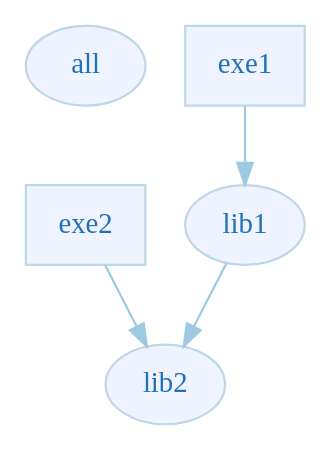
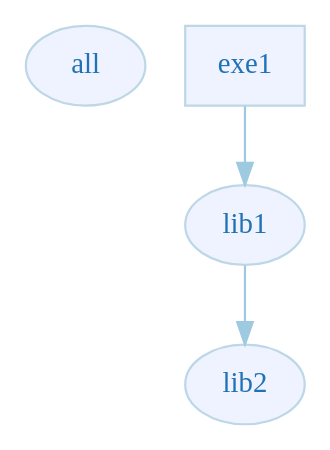
The diagram in exe1-uses.dot (claremacrae/project_dependencies_viz), drawn with Graphviz before and after one commit. The commit also changed 7 other files, not shown here.

```diff
--- a/exe1-uses.dot
+++ b/exe1-uses.dot
@@ -1,32 +1,30 @@
 digraph G {
     fontname="sans-serif";
     penwidth="0.1";
     edge [comment="Wildcard edge", 
           fontname="sans-serif", 
           fontsize=10, 
           colorscheme="blues3", 
           color=2, 
           fontcolor=3];
     node [fontname="serif", 
           fontsize=13, 
           fillcolor="1", 
           colorscheme="blues4", 
           color="2", 
           fontcolor="4", 
           style="filled"];
     subgraph "contents" {
         rankdir="LR";
         style="solid";
         margin="0.5";
         edge [comment="subgraph edge wildcard"];
         node [comment="subgraph node wildcard"];
         "all" [URL="all.svg"];
     }
     "lib1" [URL="lib1-uses.svg"];
     "lib2" [URL="lib2-uses.svg"];
     "lib1" -> "lib2";
     "exe1" [shape="box" URL="exe1-uses.svg"];
-    "exe2" [shape="box" URL="exe2-uses.svg"];
     "exe1" -> "lib1";
-    "exe2" -> "lib2";
 }
```
